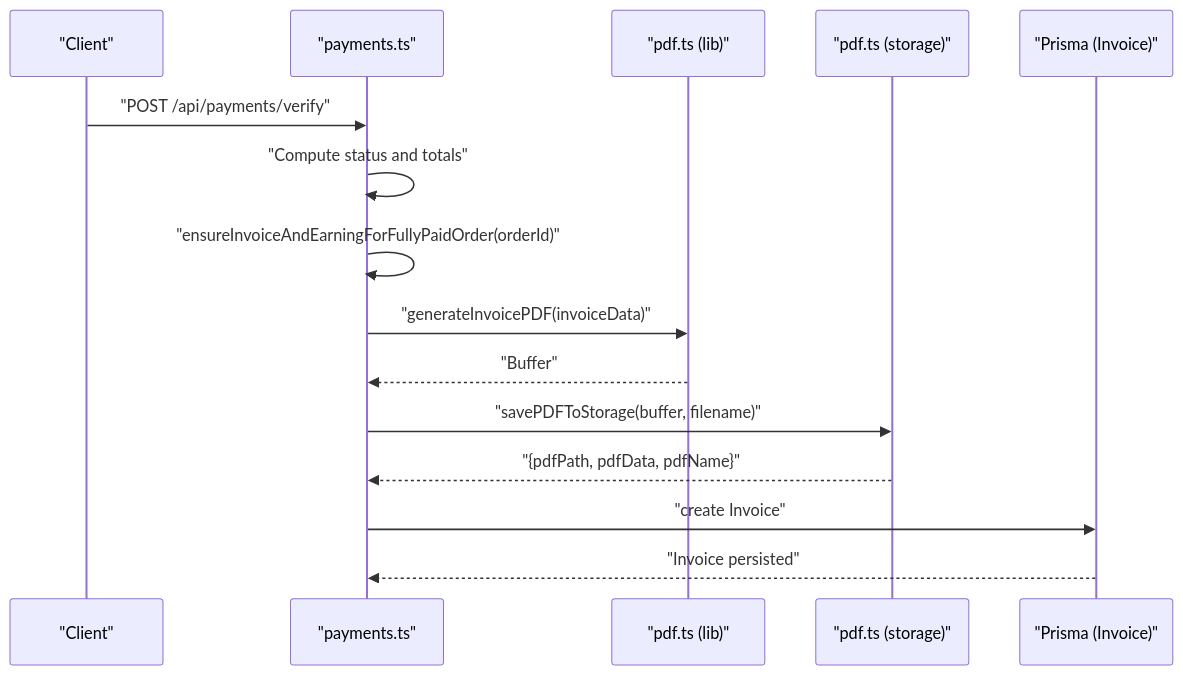
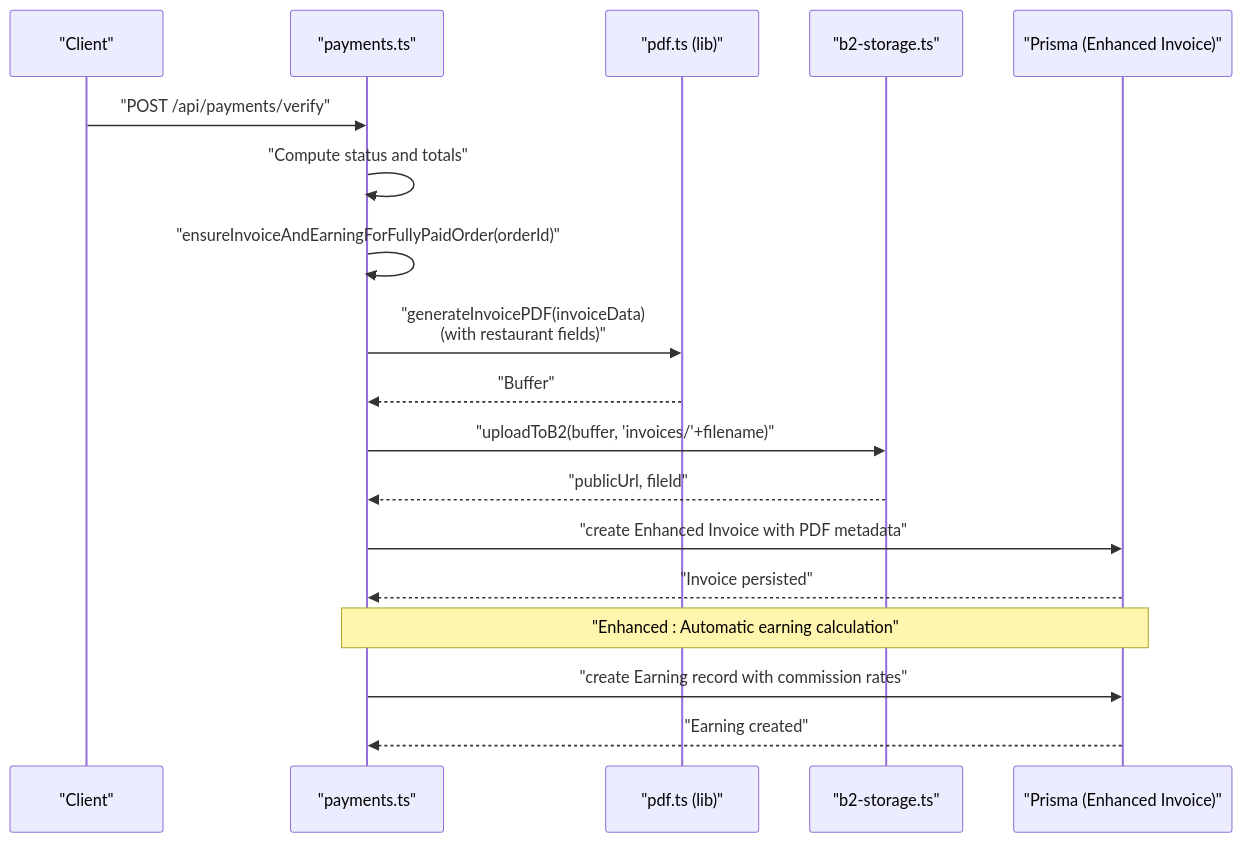
One commit to Dequeue-Tech/DeQ-Bite changed the seventh of 10 diagrams in .qoder/repowiki/en/content/Document Generation/Document Generation.md. Above: the diagram before and after it, drawn with Mermaid. The commit also changed other lines of this file and 8 other files, not shown here.

````diff
--- a/.qoder/repowiki/en/content/Document Generation/Document Generation.md
+++ b/.qoder/repowiki/en/content/Document Generation/Document Generation.md
@@ -299,17 +324,20 @@
 ```mermaid
 sequenceDiagram
 participant Client as "Client"
 participant Pay as "payments.ts"
 participant PDFLib as "pdf.ts (lib)"
-participant Storage as "pdf.ts (storage)"
-participant DB as "Prisma (Invoice)"
+participant B2Storage as "b2-storage.ts"
+participant DB as "Prisma (Enhanced Invoice)"
 Client->>Pay : "POST /api/payments/verify"
 Pay->>Pay : "Compute status and totals"
 Pay->>Pay : "ensureInvoiceAndEarningForFullyPaidOrder(orderId)"
-Pay->>PDFLib : "generateInvoicePDF(invoiceData)"
+Pay->>PDFLib : "generateInvoicePDF(invoiceData)<br/>(with restaurant fields)"
 PDFLib-->>Pay : "Buffer"
-Pay->>Storage : "savePDFToStorage(buffer, filename)"
-Storage-->>Pay : "{pdfPath, pdfData, pdfName}"
-Pay->>DB : "create Invoice"
+Pay->>B2Storage : "uploadToB2(buffer, 'invoices/'+filename)"
+B2Storage-->>Pay : "publicUrl, fileId"
+Pay->>DB : "create Enhanced Invoice with PDF metadata"
 DB-->>Pay : "Invoice persisted"
+Note over Pay,DB : "Enhanced : Automatic earning calculation"
+Pay->>DB : "create Earning record with commission rates"
+DB-->>Pay : "Earning created"
 ```
````
